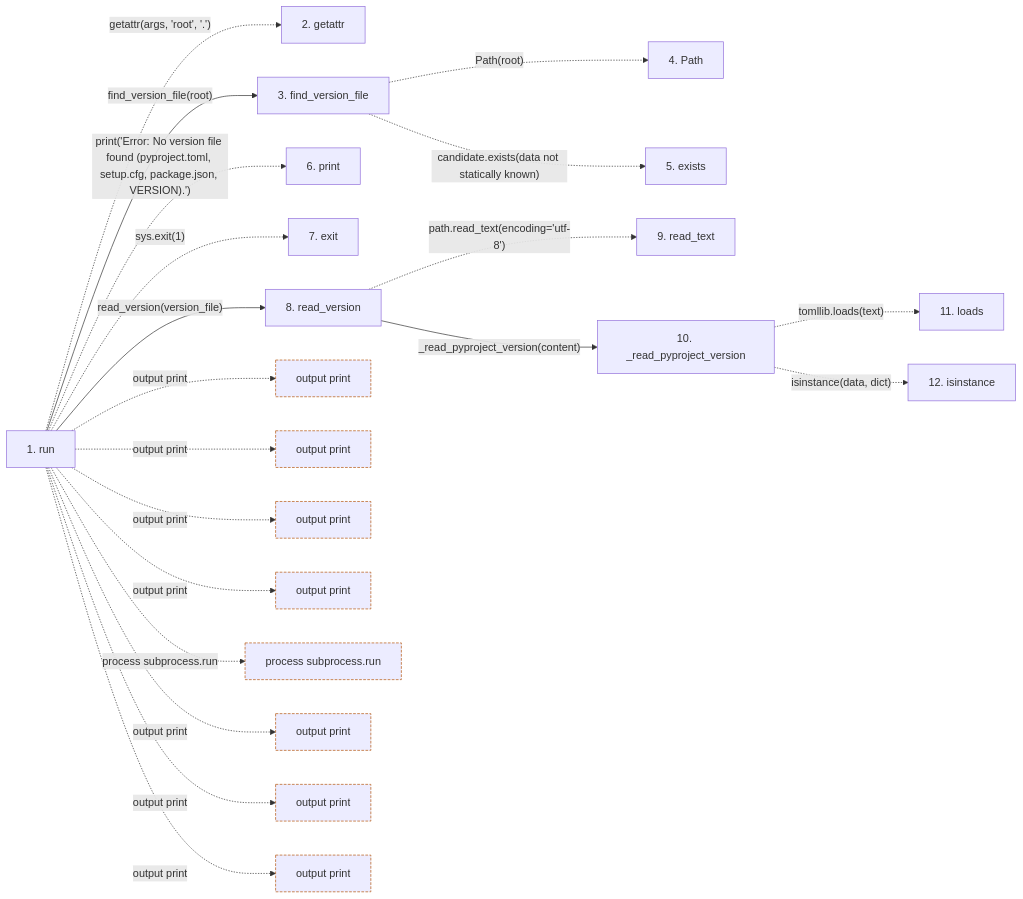
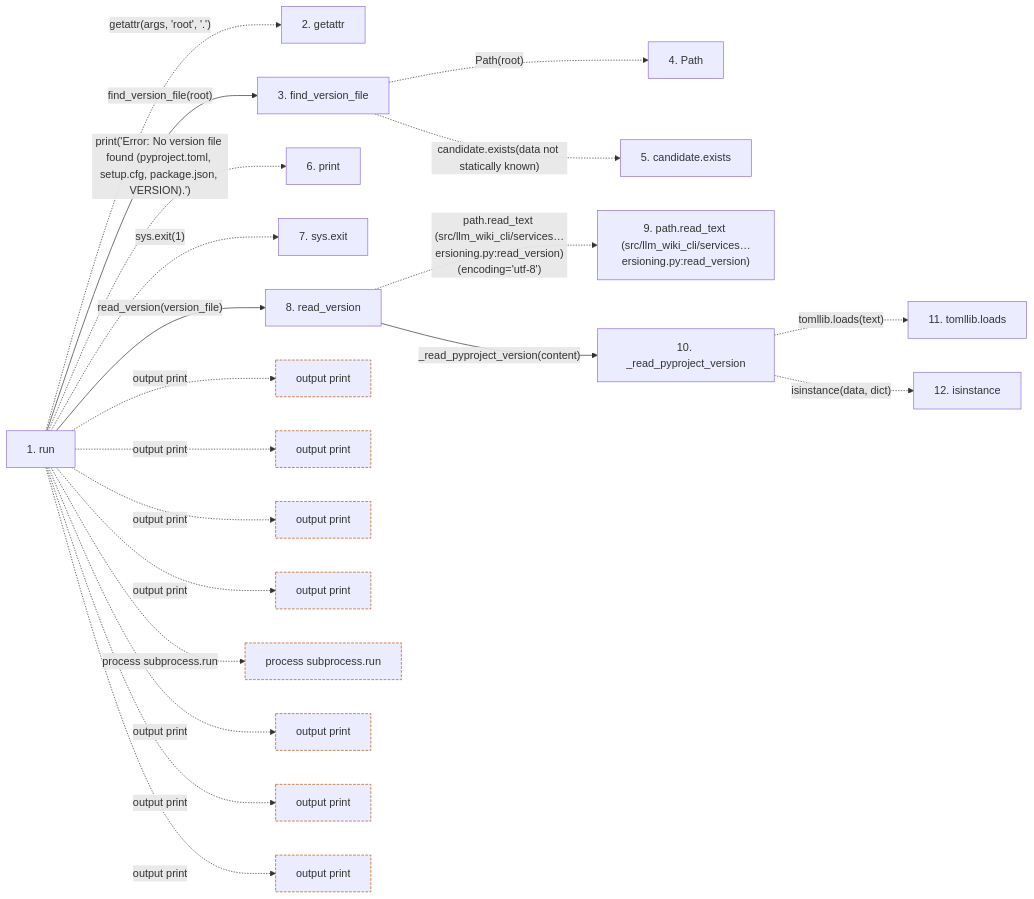
Before and after one commit to Denissvgn/python-wiki-llm: the second of 2 diagrams in docs/llm_wiki/flows/cli-bump.md, drawn with Mermaid. The commit also changed other lines of this file and 719 other files, not shown here.

````diff
--- a/docs/llm_wiki/flows/cli-bump.md
+++ b/docs/llm_wiki/flows/cli-bump.md
@@ -69,55 +72,55 @@
 ```mermaid
 flowchart LR
     s1["1. run"]
     s2["2. getattr"]
     s3["3. find_version_file"]
     s4["4. Path"]
-    s5["5. exists"]
+    s5["5. candidate.exists"]
     s6["6. print"]
-    s7["7. exit"]
+    s7["7. sys.exit"]
     s8["8. read_version"]
-    s9["9. read_text"]
+    s9["9. path.read_text (src/llm_wiki_cli/services…ersioning.py:read_version)"]
     s10["10. _read_pyproject_version"]
-    s11["11. loads"]
+    s11["11. tomllib.loads"]
     s12["12. isinstance"]
     s1 -. "getattr(args, 'root', '.')" .-> s2
     s1 -->|"find_version_file(root)"| s3
     s3 -. "Path(root)" .-> s4
     s3 -. "candidate.exists(data not statically known)" .-> s5
     s1 -. "print('Error: No version file found (pyproject.toml, setup.cfg, package.json, VERSION).')" .-> s6
     s1 -. "sys.exit(1)" .-> s7
     s1 -->|"read_version(version_file)"| s8
-    s8 -. "path.read_text(encoding='utf-8')" .-> s9
+    s8 -. "path.read_text (src/llm_wiki_cli/services…ersioning.py:read_version)(encoding='utf-8')" .-> s9
     s8 -->|"_read_pyproject_version(content)"| s10
     s10 -. "tomllib.loads(text)" .-> s11
     s10 -. "isinstance(data, dict)" .-> s12
     b0["output print"]
     s1 -. "output print" .-> b0
     b1["output print"]
     s1 -. "output print" .-> b1
     b2["output print"]
     s1 -. "output print" .-> b2
     b3["output print"]
     s1 -. "output print" .-> b3
     b4["process subprocess.run"]
     s1 -. "process subprocess.run" .-> b4
     b5["output print"]
     s1 -. "output print" .-> b5
     b6["output print"]
     s1 -. "output print" .-> b6
     b7["output print"]
     s1 -. "output print" .-> b7
     click s1 "../modules/bump_cmd.md"
     click s3 "../modules/versioning.md"
     click s8 "../modules/versioning.md"
     click s10 "../modules/versioning.md"
     classDef boundary stroke:#b45309,stroke-dasharray: 4 2
     class b0 boundary
     class b1 boundary
     class b2 boundary
     class b3 boundary
     class b4 boundary
     class b5 boundary
     class b6 boundary
     class b7 boundary
 ```
````
